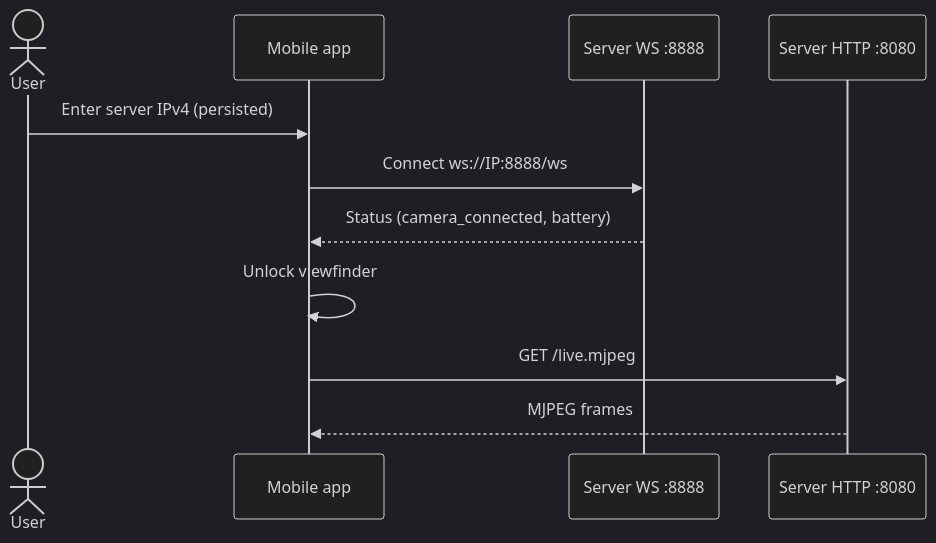
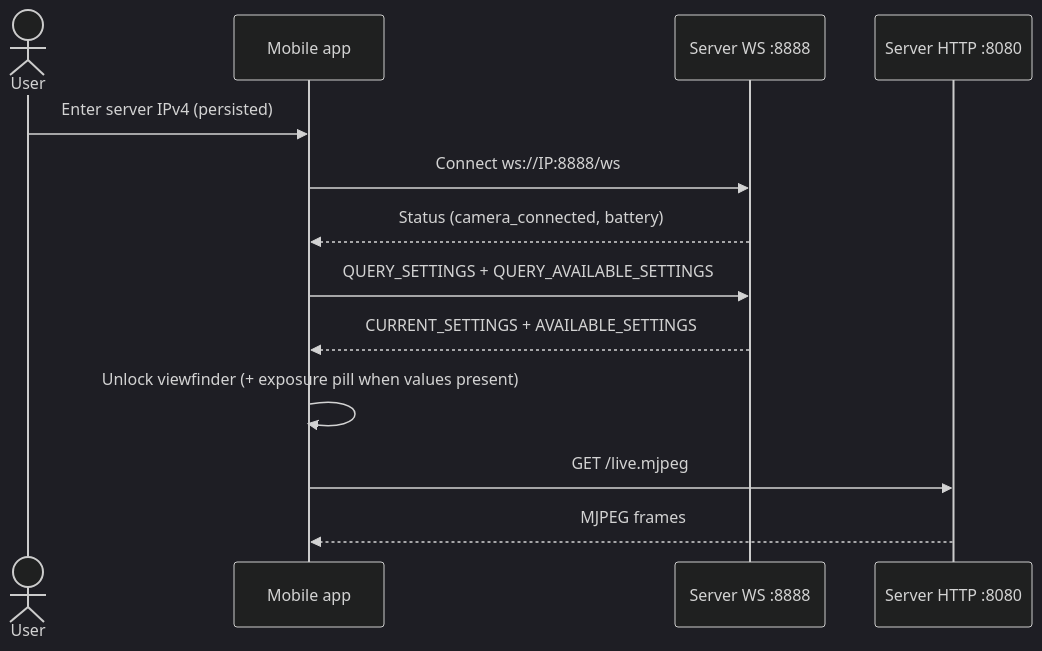
Before and after one commit to cjlawson02/5dcontrol: the second of 5 diagrams in docs/HLD.md, drawn with Mermaid (dark theme). The commit also changed other lines of this file and 22 other files, not shown here.

First line of the commit message:
feat: add remote exposure control over WS with a non-modal viewfinder HUD

````diff
--- a/docs/HLD.md
+++ b/docs/HLD.md
@@ -130,14 +136,16 @@
 ```mermaid
 sequenceDiagram
   actor User
   participant App as Mobile app
   participant WS as Server WS :8888
   participant HTTP as Server HTTP :8080
 
   User->>App: Enter server IPv4 (persisted)
   App->>WS: Connect ws://IP:8888/ws
   WS-->>App: Status (camera_connected, battery)
-  App->>App: Unlock viewfinder
+  App->>WS: QUERY_SETTINGS + QUERY_AVAILABLE_SETTINGS
+  WS-->>App: CURRENT_SETTINGS + AVAILABLE_SETTINGS
+  App->>App: Unlock viewfinder (+ exposure pill when values present)
   App->>HTTP: GET /live.mjpeg
   HTTP-->>App: MJPEG frames
 ```
````
